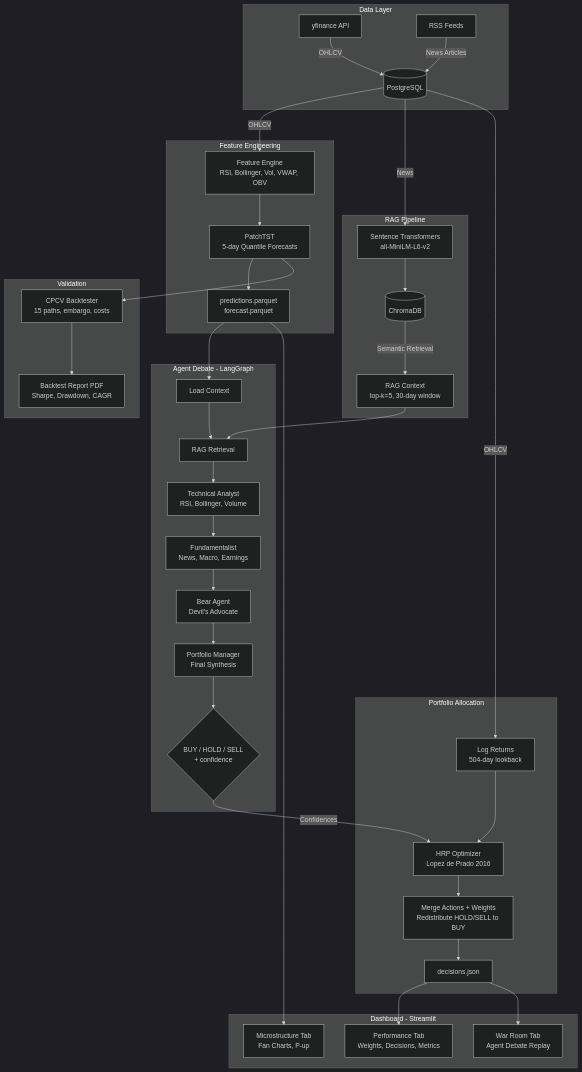
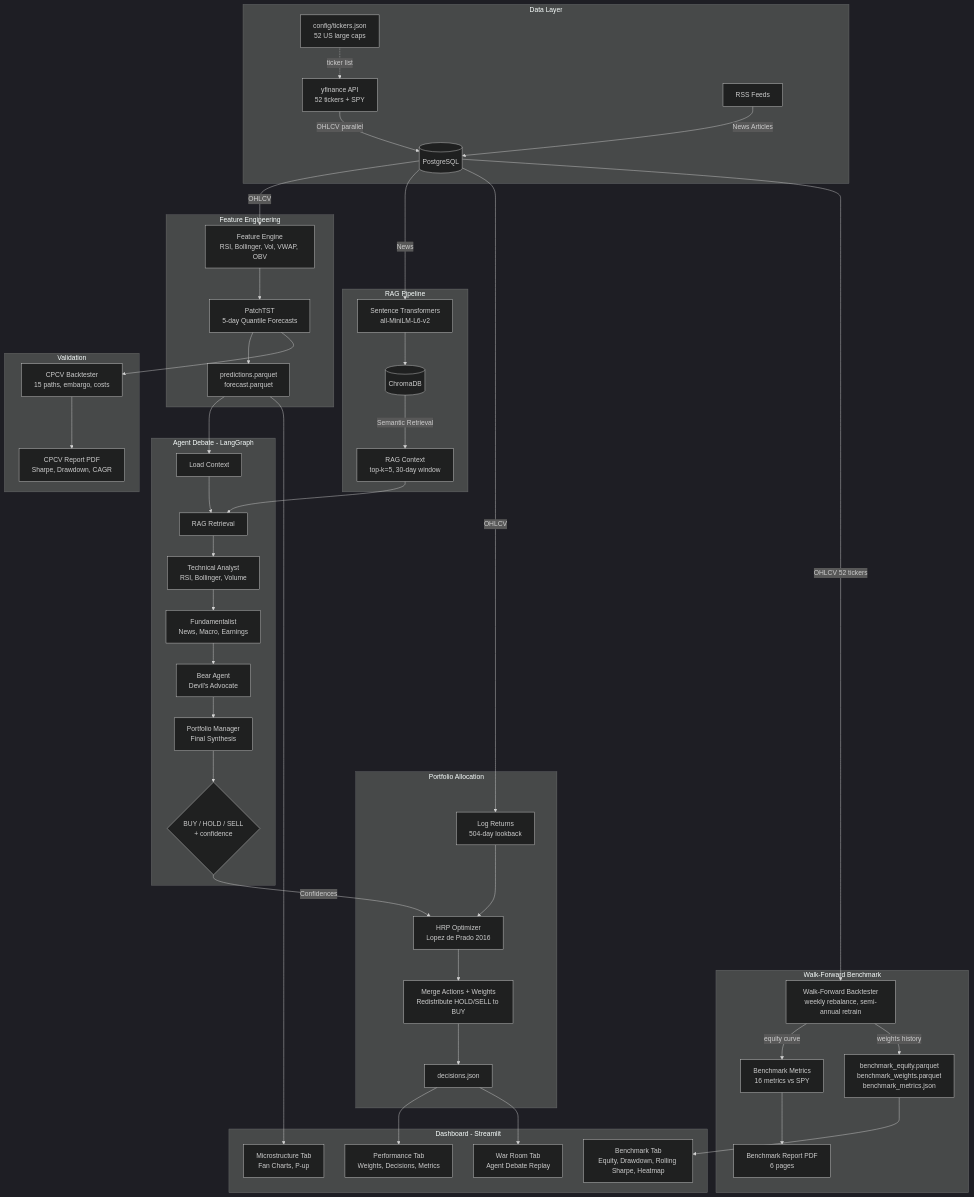
Before and after one commit to cockles98/titanium-alpha: the diagram in README.md, drawn with Mermaid (dark theme). The commit also changed other lines of this file and 3 other files, not shown here.

````diff
--- a/README.md
+++ b/README.md
@@ -34,49 +36,58 @@
 ```mermaid
 flowchart TB
     subgraph Data Layer
-        YF[yfinance API] -->|OHLCV| PG[(PostgreSQL)]
+        YF[yfinance API<br/>52 tickers + SPY] -->|OHLCV parallel| PG[(PostgreSQL)]
         RSS[RSS Feeds] -->|News Articles| PG
+        CFG[config/tickers.json<br/>52 US large caps] -.->|ticker list| YF
     end
 
     subgraph Feature Engineering
         PG -->|OHLCV| FE[Feature Engine<br/>RSI, Bollinger, Vol, VWAP, OBV]
         FE --> PTST[PatchTST<br/>5-day Quantile Forecasts]
         PTST --> PRED[predictions.parquet<br/>forecast.parquet]
     end
 
     subgraph RAG Pipeline
         PG -->|News| EMB[Sentence Transformers<br/>all-MiniLM-L6-v2]
         EMB --> CHROMA[(ChromaDB)]
         CHROMA -->|Semantic Retrieval| RAG[RAG Context<br/>top-k=5, 30-day window]
     end
 
     subgraph Agent Debate - LangGraph
         PRED --> LC[Load Context]
         RAG --> RR[RAG Retrieval]
         LC --> RR
         RR --> TA[Technical Analyst<br/>RSI, Bollinger, Volume]
         TA --> FA[Fundamentalist<br/>News, Macro, Earnings]
         FA --> BA[Bear Agent<br/>Devil's Advocate]
         BA --> PM[Portfolio Manager<br/>Final Synthesis]
         PM --> DEC{BUY / HOLD / SELL<br/>+ confidence}
     end
 
     subgraph Portfolio Allocation
         PG -->|OHLCV| RET[Log Returns<br/>504-day lookback]
         DEC -->|Confidences| HRP[HRP Optimizer<br/>Lopez de Prado 2016]
         RET --> HRP
         HRP --> MERGE[Merge Actions + Weights<br/>Redistribute HOLD/SELL to BUY]
         MERGE --> JSON[decisions.json]
     end
 
     subgraph Validation
         PTST --> CPCV[CPCV Backtester<br/>15 paths, embargo, costs]
-        CPCV --> PDF[Backtest Report PDF<br/>Sharpe, Drawdown, CAGR]
+        CPCV --> PDF1[CPCV Report PDF<br/>Sharpe, Drawdown, CAGR]
+    end
+
+    subgraph Walk-Forward Benchmark
+        PG -->|OHLCV 52 tickers| WF[Walk-Forward Backtester<br/>weekly rebalance, semi-annual retrain]
+        WF -->|equity curve| BM[Benchmark Metrics<br/>16 metrics vs SPY]
+        BM --> PDF2[Benchmark Report PDF<br/>6 pages]
+        WF -->|weights history| PQT[benchmark_equity.parquet<br/>benchmark_weights.parquet<br/>benchmark_metrics.json]
     end
 
     subgraph Dashboard - Streamlit
+        PQT --> TAB0[Benchmark Tab<br/>Equity, Drawdown, Rolling Sharpe, Heatmap]
         JSON --> TAB1[Performance Tab<br/>Weights, Decisions, Metrics]
         JSON --> TAB2[War Room Tab<br/>Agent Debate Replay]
         PRED --> TAB3[Microstructure Tab<br/>Fan Charts, P-up]
     end
 ```
````
